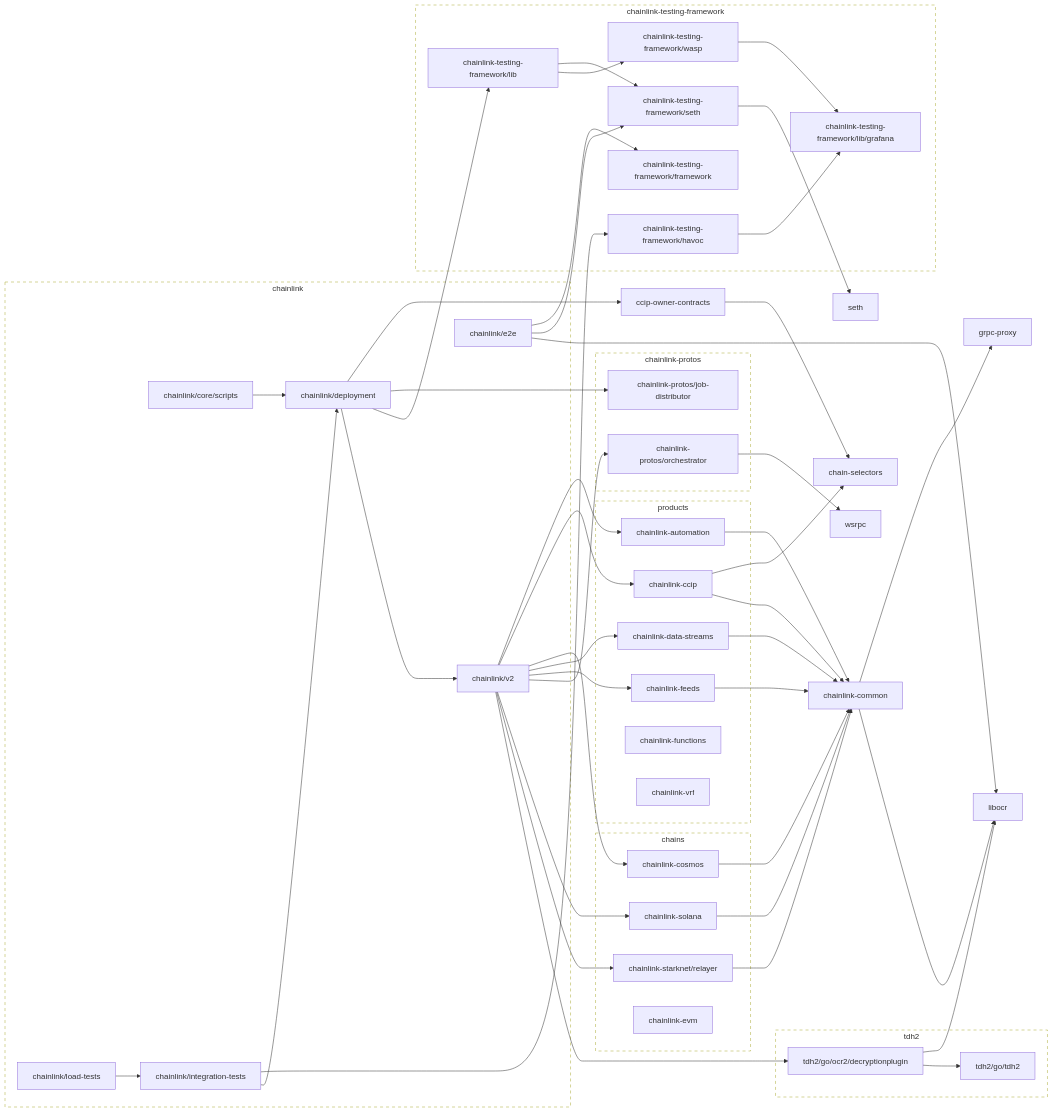
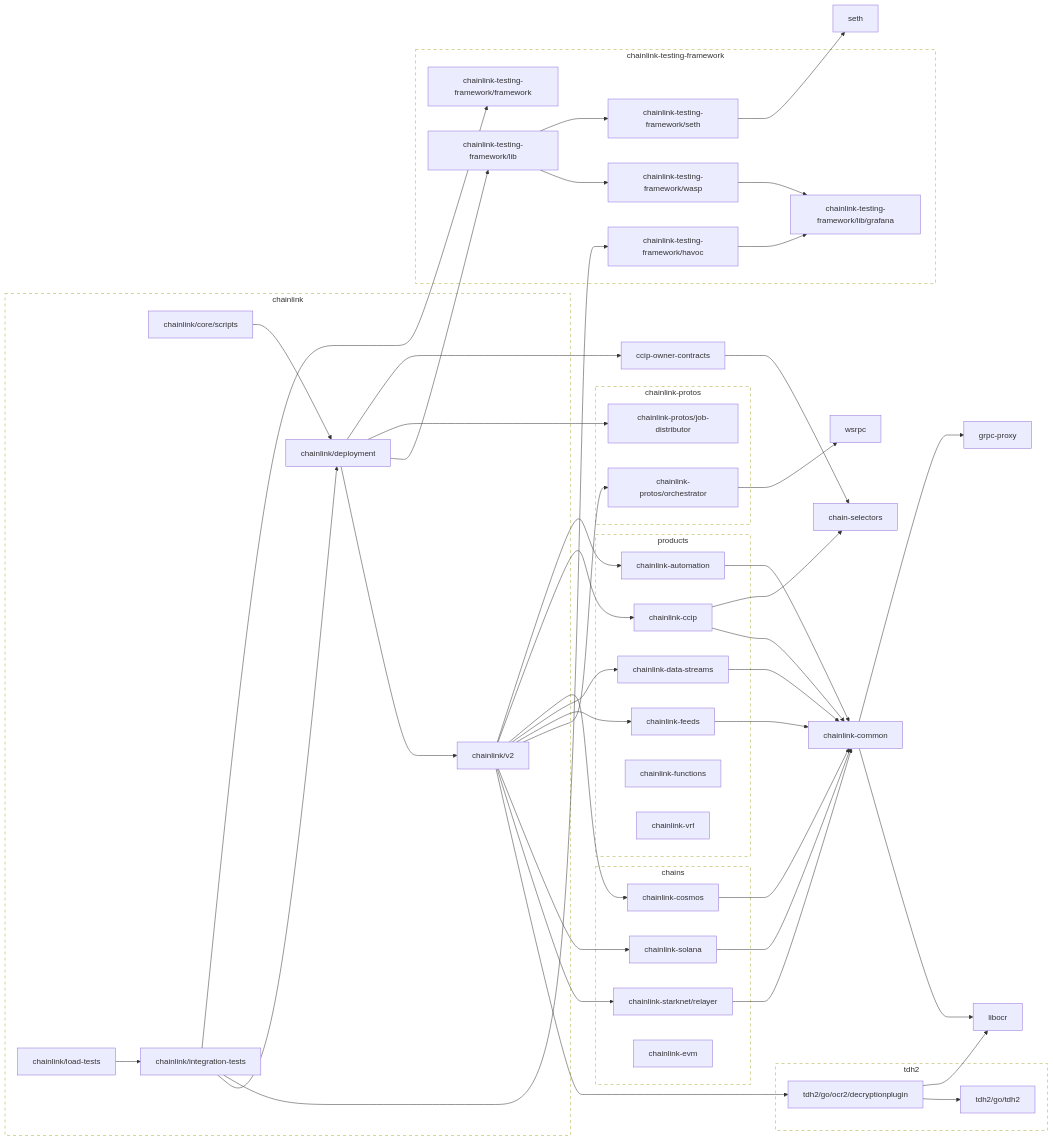
Before and after one commit to JohnDaWalka/chainlink: the second of 2 diagrams in go.md, drawn with Mermaid. The commit also changed 4 other files, not shown here.

```diff
--- a/go.md
+++ b/go.md
@@ -142,10 +142,7 @@
 	chainlink/deployment --> chainlink-testing-framework/lib
 	chainlink/deployment --> chainlink/v2
 	click chainlink/deployment href "https://github.com/smartcontractkit/chainlink"
-	chainlink/e2e --> chainlink-testing-framework/framework
-	chainlink/e2e --> chainlink-testing-framework/seth
-	chainlink/e2e --> libocr
-	click chainlink/e2e href "https://github.com/smartcontractkit/chainlink"
+	chainlink/integration-tests --> chainlink-testing-framework/framework
 	chainlink/integration-tests --> chainlink-testing-framework/havoc
 	chainlink/integration-tests --> chainlink/deployment
 	click chainlink/integration-tests href "https://github.com/smartcontractkit/chainlink"
@@ -178,7 +175,6 @@
 	subgraph chainlink-repo[chainlink]
 		 chainlink/core/scripts
 		 chainlink/deployment
-		 chainlink/e2e
 		 chainlink/integration-tests
 		 chainlink/load-tests
 		 chainlink/v2
```
